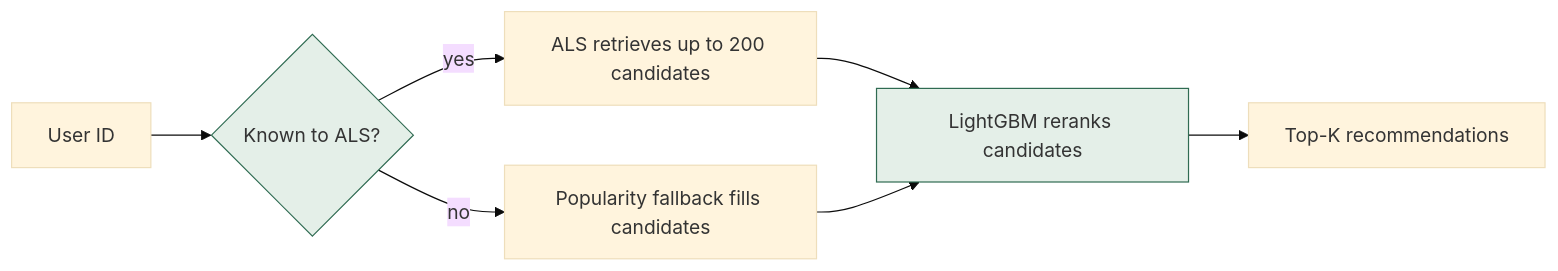
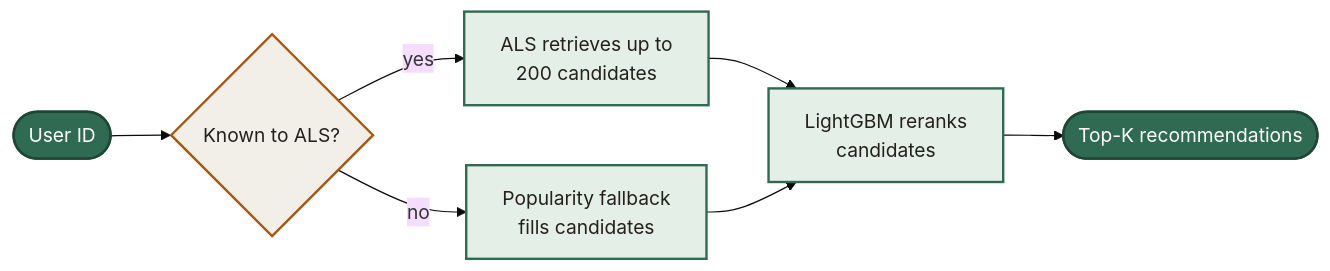
Before and after one commit to hosnahatami04/ecommerce-recommender: the diagram in README.md, drawn with Mermaid (base theme).

Commit message:
Merge branch 'docs/simplify-readme'

````diff
--- a/README.md
+++ b/README.md
@@ -42,12 +42,19 @@
 ```mermaid
 flowchart LR
-    A[User ID] --> B{Known to ALS?}
-    B -- yes --> C[ALS retrieves up to 200 candidates]
-    B -- no --> D[Popularity fallback fills candidates]
-    C --> E
-    D --> E[LightGBM reranks candidates]
-    E --> F[Top-K recommendations]
+    A(["User ID"]) --> B{"Known to ALS?"}
+    B -- yes --> C["ALS retrieves up to<br/>200 candidates"]
+    B -- no --> D["Popularity fallback<br/>fills candidates"]
+    C --> E["LightGBM reranks<br/>candidates"]
+    D --> E
+    E --> F(["Top-K recommendations"])
 
-    style B fill:#e4efe8,stroke:#2f6b52
-    style E fill:#e4efe8,stroke:#2f6b52
+    classDef input fill:#2f6b52,stroke:#1e4636,color:#ffffff,stroke-width:2px
+    classDef decision fill:#f1efe7,stroke:#a5580f,color:#24211c,stroke-width:2px
+    classDef stage fill:#e4efe8,stroke:#2f6b52,color:#24211c,stroke-width:2px
+    classDef output fill:#2f6b52,stroke:#1e4636,color:#ffffff,stroke-width:2px
+
+    class A input
+    class B decision
+    class C,D,E stage
+    class F output
 ```
````
